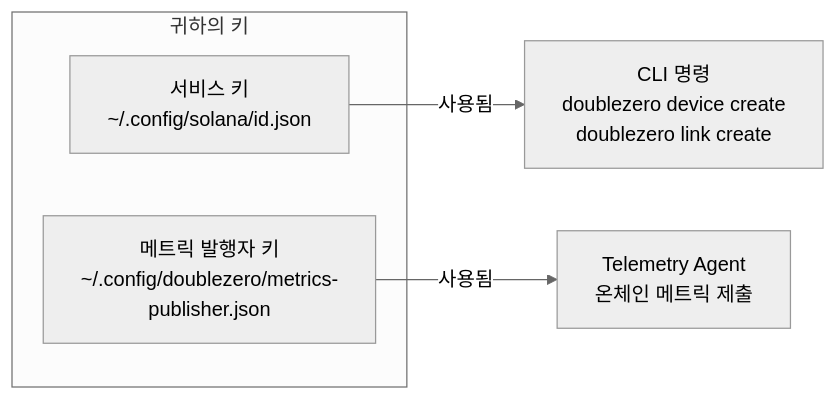
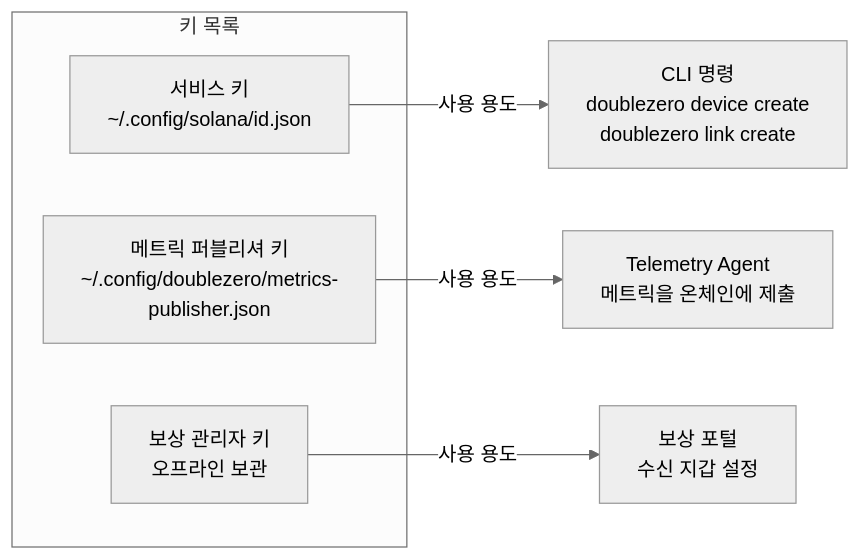
Before and after one commit to malbeclabs/docs: the fourth of 7 diagrams in docs/contribute-provisioning.ko.md, drawn with Mermaid (neutral theme). The commit also changed other lines of this file and 34 other files, not shown here.

````diff
--- a/docs/contribute-provisioning.ko.md
+++ b/docs/contribute-provisioning.ko.md
@@ -166,10 +208,12 @@
 ```mermaid
 flowchart LR
-    subgraph "귀하의 키"
+    subgraph "키 목록"
         SK[서비스 키<br/>~/.config/solana/id.json]
-        MK[메트릭 발행자 키<br/>~/.config/doublezero/metrics-publisher.json]
+        MK[메트릭 퍼블리셔 키<br/>~/.config/doublezero/metrics-publisher.json]
+        RK[보상 관리자 키<br/>오프라인 보관]
     end
 
-    SK -->|사용됨| CLI[CLI 명령<br/>doublezero device create<br/>doublezero link create]
-    MK -->|사용됨| TEL[Telemetry Agent<br/>온체인 메트릭 제출]
+    SK -->|사용 용도| CLI[CLI 명령<br/>doublezero device create<br/>doublezero link create]
+    MK -->|사용 용도| TEL[Telemetry Agent<br/>메트릭을 온체인에 제출]
+    RK -->|사용 용도| REW[보상 포털<br/>수신 지갑 설정]
 ```
````
